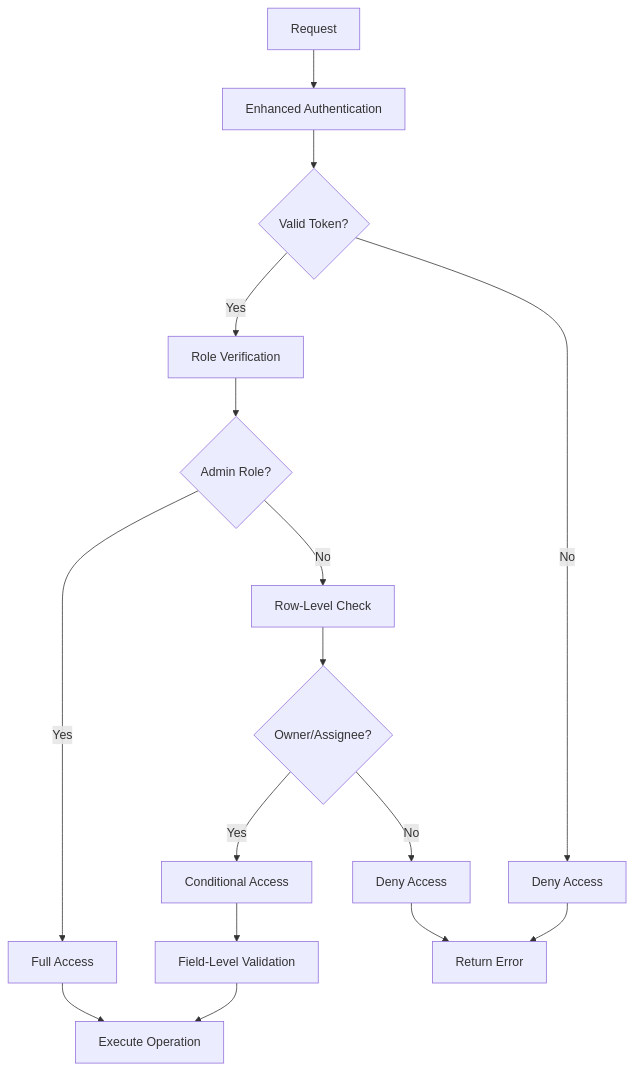
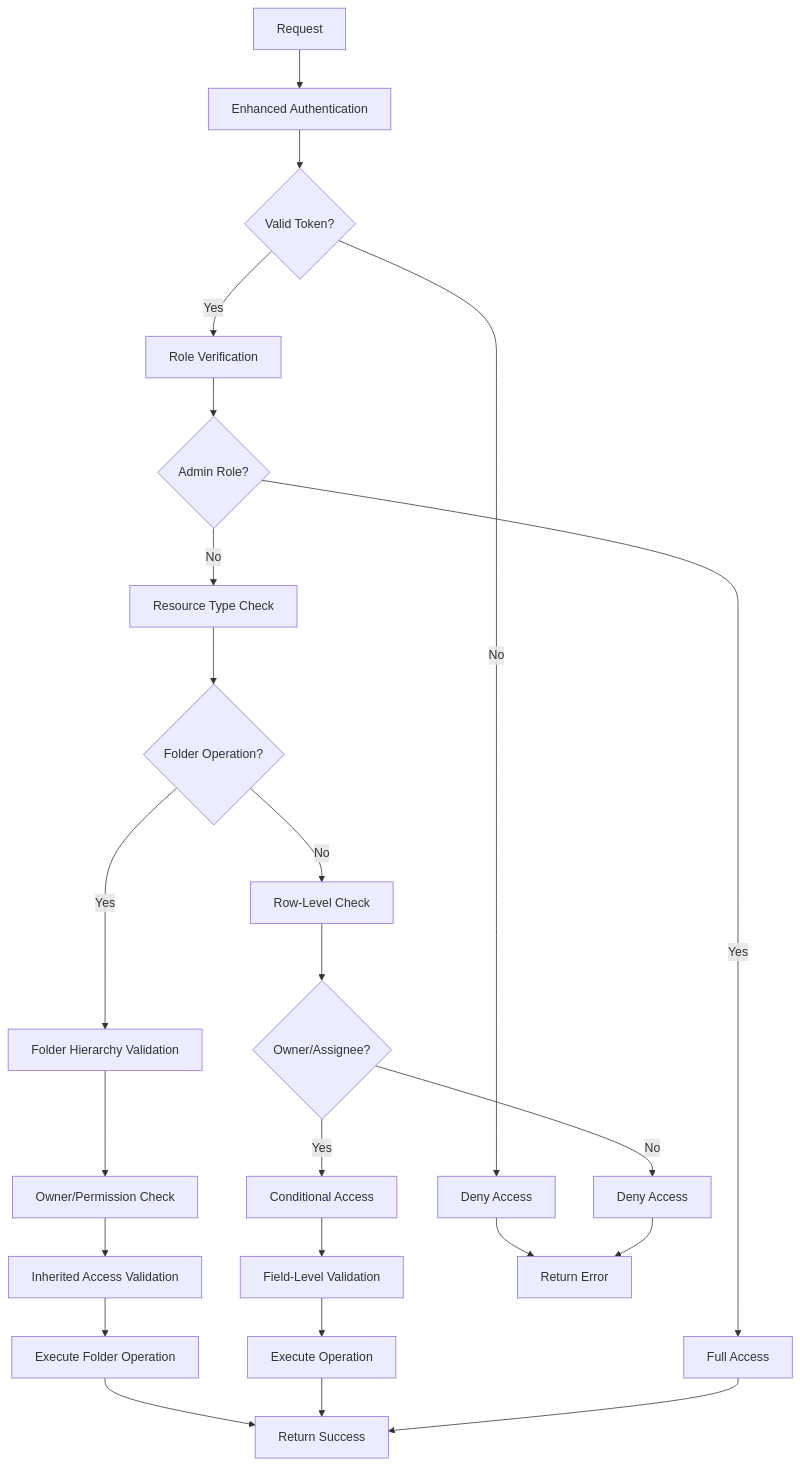
Before and after one commit to ngothanhtung/claude-code-shadcn-dashboard: the tenth of 11 diagrams in .qoder/repowiki/en/content/Database Schema.md, drawn with Mermaid. The commit also changed other lines of this file and 112 other files, not shown here.

First line of the commit message:
feat(folder): add hierarchical folder management system with access control

````diff
--- a/.qoder/repowiki/en/content/Database Schema.md
+++ b/.qoder/repowiki/en/content/Database Schema.md
@@ -420,18 +500,26 @@
 ```mermaid
 flowchart TD
 A[Request] --> B[Enhanced Authentication]
 B --> C{Valid Token?}
 C --> |No| D[Deny Access]
 C --> |Yes| E[Role Verification]
 E --> F{Admin Role?}
 F --> |Yes| G[Full Access]
-F --> |No| H[Row-Level Check]
-H --> I{Owner/Assignee?}
-I --> |Yes| J[Conditional Access]
-I --> |No| K[Deny Access]
-J --> L[Field-Level Validation]
-L --> M[Execute Operation]
-G --> M
-D --> N[Return Error]
-K --> N
+F --> |No| H[Resource Type Check]
+H --> I{Folder Operation?}
+I --> |Yes| J[Folder Hierarchy Validation]
+J --> K[Owner/Permission Check]
+K --> L[Inherited Access Validation]
+L --> M[Execute Folder Operation]
+I --> |No| N[Row-Level Check]
+N --> O{Owner/Assignee?}
+O --> |Yes| P[Conditional Access]
+O --> |No| Q[Deny Access]
+P --> R[Field-Level Validation]
+R --> S[Execute Operation]
+M --> T[Return Success]
+S --> T
+G --> T
+D --> U[Return Error]
+Q --> U
 ```
````
